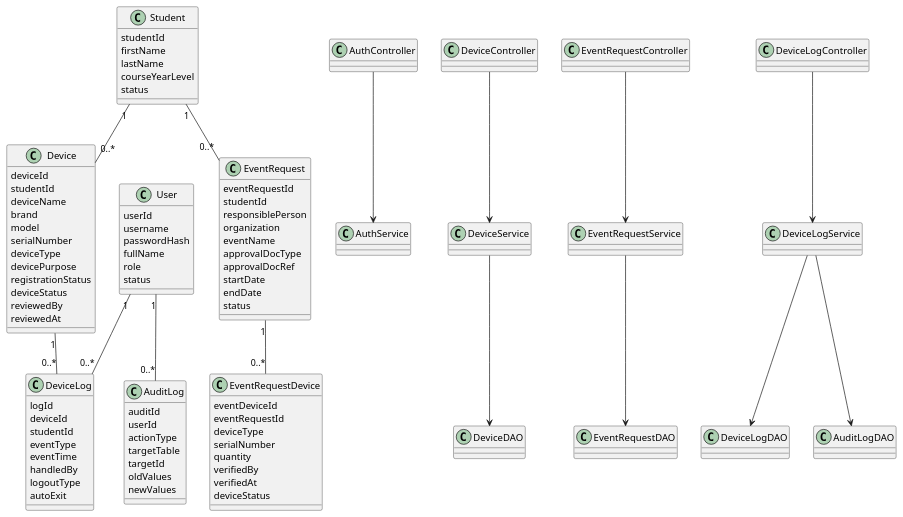
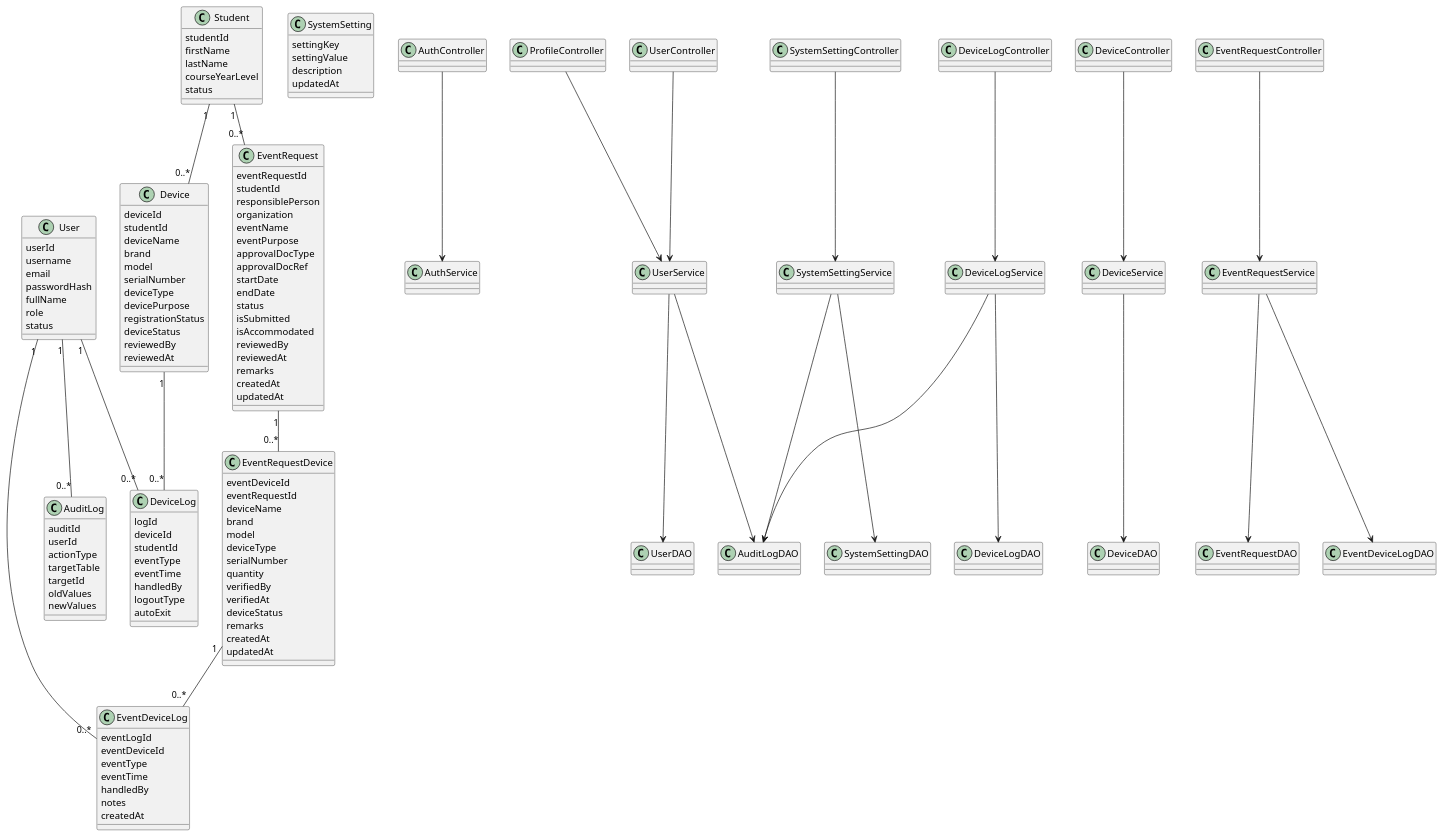
The diagram in docs/architecture/diagrams/plantuml/class-diagram.puml (isnotfred/javafx-byod-client), drawn with PlantUML before and after one commit. The commit also changed 48 other files, not shown here.

Commit message:
Update system analysis and architecture documentation

```diff
--- a/docs/architecture/diagrams/plantuml/class-diagram.puml
+++ b/docs/architecture/diagrams/plantuml/class-diagram.puml
@@ -1,109 +1,159 @@
 @startuml
 skinparam classAttributeIconSize 0
 
 class User {
   userId
   username
+  email
   passwordHash
   fullName
   role
   status
 }
 
 class Student {
   studentId
   firstName
   lastName
   courseYearLevel
   status
 }
 
 class Device {
   deviceId
   studentId
   deviceName
   brand
   model
   serialNumber
   deviceType
   devicePurpose
   registrationStatus
   deviceStatus
   reviewedBy
   reviewedAt
 }
 
 class EventRequest {
   eventRequestId
   studentId
   responsiblePerson
   organization
   eventName
+  eventPurpose
   approvalDocType
   approvalDocRef
   startDate
   endDate
   status
+  isSubmitted
+  isAccommodated
+  reviewedBy
+  reviewedAt
+  remarks
+  createdAt
+  updatedAt
 }
 
 class EventRequestDevice {
   eventDeviceId
   eventRequestId
+  deviceName
+  brand
+  model
   deviceType
   serialNumber
   quantity
   verifiedBy
   verifiedAt
   deviceStatus
+  remarks
+  createdAt
+  updatedAt
+}
+
+class EventDeviceLog {
+  eventLogId
+  eventDeviceId
+  eventType
+  eventTime
+  handledBy
+  notes
+  createdAt
 }
 
 class DeviceLog {
   logId
   deviceId
   studentId
   eventType
   eventTime
   handledBy
   logoutType
   autoExit
 }
 
 class AuditLog {
   auditId
   userId
   actionType
   targetTable
   targetId
   oldValues
   newValues
 }
 
+class SystemSetting {
+  settingKey
+  settingValue
+  description
+  updatedAt
+}
+
 class AuthController
+class ProfileController
+class UserController
+class SystemSettingController
 class DeviceController
 class EventRequestController
 class DeviceLogController
 class AuthService
+class UserService
+class SystemSettingService
 class DeviceService
 class EventRequestService
 class DeviceLogService
 class DeviceDAO
 class EventRequestDAO
+class EventDeviceLogDAO
 class DeviceLogDAO
 class AuditLogDAO
+class UserDAO
+class SystemSettingDAO
 
 Student "1" -- "0..*" Device
 Student "1" -- "0..*" EventRequest
 EventRequest "1" -- "0..*" EventRequestDevice
+EventRequestDevice "1" -- "0..*" EventDeviceLog
 Device "1" -- "0..*" DeviceLog
 User "1" -- "0..*" AuditLog
 User "1" -- "0..*" DeviceLog
+User "1" -- "0..*" EventDeviceLog
 
 AuthController --> AuthService
+ProfileController --> UserService
+UserController --> UserService
+SystemSettingController --> SystemSettingService
 DeviceController --> DeviceService
 EventRequestController --> EventRequestService
 DeviceLogController --> DeviceLogService
 DeviceService --> DeviceDAO
 EventRequestService --> EventRequestDAO
+EventRequestService --> EventDeviceLogDAO
 DeviceLogService --> DeviceLogDAO
 DeviceLogService --> AuditLogDAO
+UserService --> UserDAO
+UserService --> AuditLogDAO
+SystemSettingService --> SystemSettingDAO
+SystemSettingService --> AuditLogDAO
 @enduml
```
